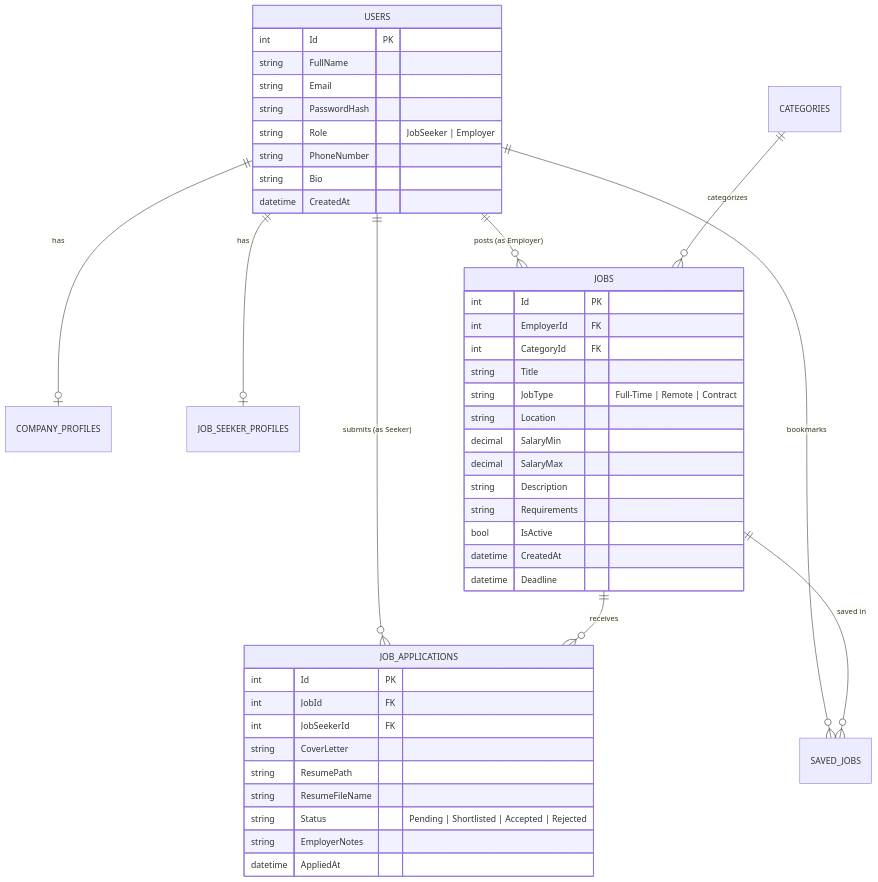
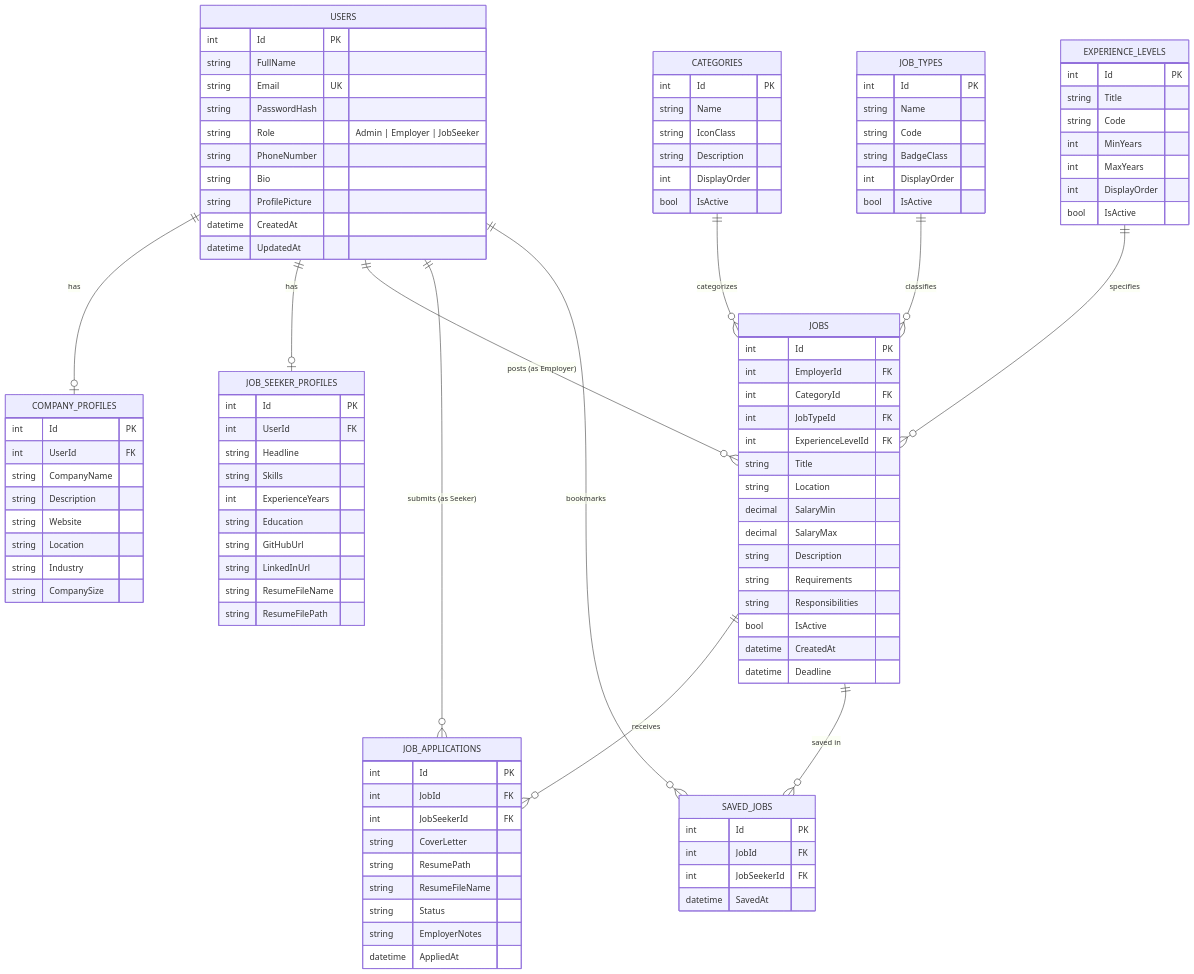
One commit to pra2011shant/JobPortPro changed the diagram in README.md. Above: the diagram before and after it, drawn with Mermaid. The commit also changed other lines of this file and 1 other file, not shown here.

Commit message:
Update comprehensive README with full architecture, 100% Stored Procedures, and updated ER Diagram

````diff
--- a/README.md
+++ b/README.md
@@ -134,31 +143,89 @@
     USERS ||--o{ JOB_APPLICATIONS : "submits (as Seeker)"
     USERS ||--o{ SAVED_JOBS : "bookmarks"
     CATEGORIES ||--o{ JOBS : "categorizes"
+    JOB_TYPES ||--o{ JOBS : "classifies"
+    EXPERIENCE_LEVELS ||--o{ JOBS : "specifies"
     JOBS ||--o{ JOB_APPLICATIONS : "receives"
     JOBS ||--o{ SAVED_JOBS : "saved in"
 
     USERS {
         int Id PK
         string FullName
-        string Email
+        string Email UK
         string PasswordHash
-        string Role "JobSeeker | Employer"
+        string Role "Admin | Employer | JobSeeker"
         string PhoneNumber
         string Bio
+        string ProfilePicture
         datetime CreatedAt
+        datetime UpdatedAt
+    }
+
+    COMPANY_PROFILES {
+        int Id PK
+        int UserId FK
+        string CompanyName
+        string Description
+        string Website
+        string Location
+        string Industry
+        string CompanySize
+    }
+
+    JOB_SEEKER_PROFILES {
+        int Id PK
+        int UserId FK
+        string Headline
+        string Skills
+        int ExperienceYears
+        string Education
+        string GitHubUrl
+        string LinkedInUrl
+        string ResumeFileName
+        string ResumeFilePath
+    }
+
+    CATEGORIES {
+        int Id PK
+        string Name
+        string IconClass
+        string Description
+        int DisplayOrder
+        bool IsActive
+    }
+
+    JOB_TYPES {
+        int Id PK
+        string Name
+        string Code
+        string BadgeClass
+        int DisplayOrder
+        bool IsActive
+    }
+
+    EXPERIENCE_LEVELS {
+        int Id PK
+        string Title
+        string Code
+        int MinYears
+        int MaxYears
+        int DisplayOrder
+        bool IsActive
     }
 
     JOBS {
         int Id PK
         int EmployerId FK
         int CategoryId FK
+        int JobTypeId FK
+        int ExperienceLevelId FK
         string Title
-        string JobType "Full-Time | Remote | Contract"
         string Location
         decimal SalaryMin
         decimal SalaryMax
         string Description
         string Requirements
+        string Responsibilities
         bool IsActive
         datetime CreatedAt
         datetime Deadline
@@ -171,8 +238,15 @@
         string CoverLetter
         string ResumePath
         string ResumeFileName
-        string Status "Pending | Shortlisted | Accepted | Rejected"
+        string Status
         string EmployerNotes
         datetime AppliedAt
     }
+
+    SAVED_JOBS {
+        int Id PK
+        int JobId FK
+        int JobSeekerId FK
+        datetime SavedAt
+    }
 ```
````
